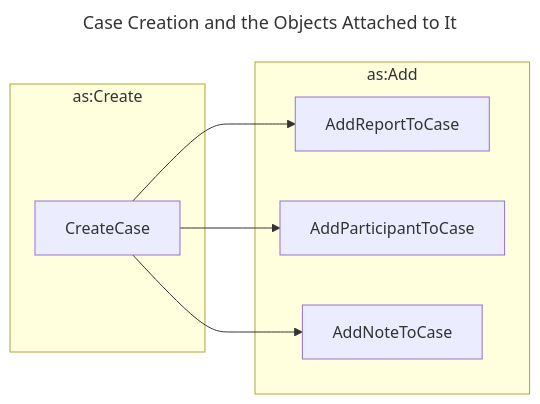
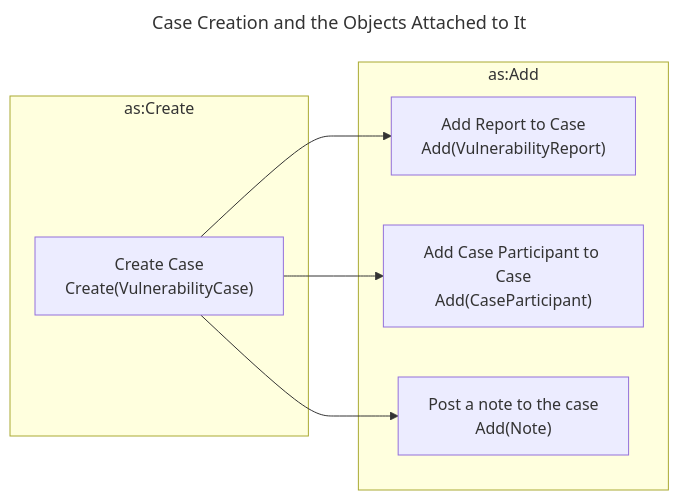
The diagram in docs/howto/activitypub/activities/initialize_case.md (CERTCC/Vultron), drawn with Mermaid before and after one commit. The commit also changed other lines of this file and 21 other files, not shown here.

````diff
--- a/docs/howto/activitypub/activities/initialize_case.md
+++ b/docs/howto/activitypub/activities/initialize_case.md
@@ -28,17 +27,17 @@
 ```mermaid
 ---
 title: Case Creation and the Objects Attached to It
 ---
 flowchart LR
     subgraph as:Create
-        CreateCase
+        CreateCase["Create Case<br/>Create(VulnerabilityCase)"]
     end
     subgraph as:Add
-        AddReportToCase
-        AddParticipantToCase
-        AddNoteToCase
+        AddReportToCase["Add Report to Case<br/>Add(VulnerabilityReport)"]
+        AddParticipantToCase["Add Case Participant to Case<br/>Add(CaseParticipant)"]
+        AddNoteToCase["Post a note to the case<br/>Add(Note)"]
     end
     CreateCase --> AddReportToCase
     CreateCase --> AddParticipantToCase
     CreateCase --> AddNoteToCase
 ```
````
